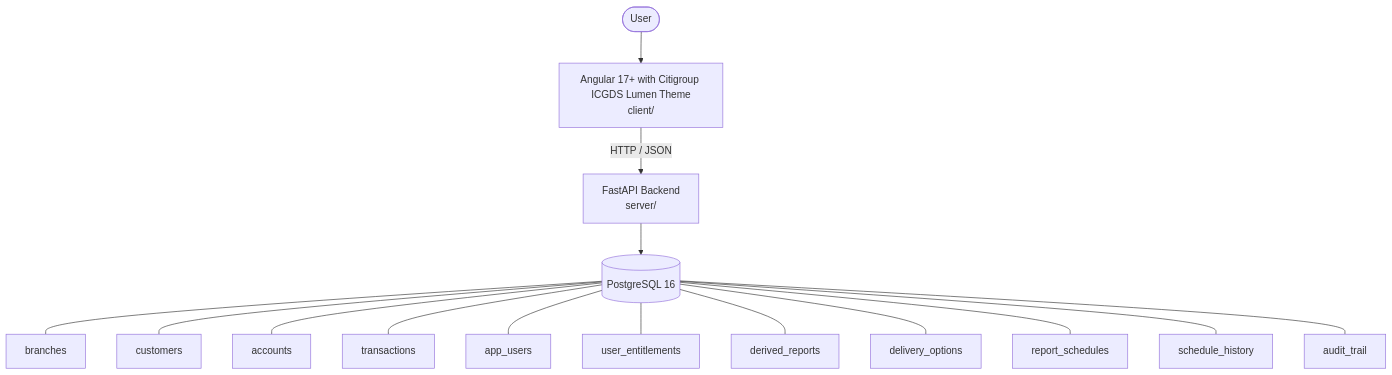
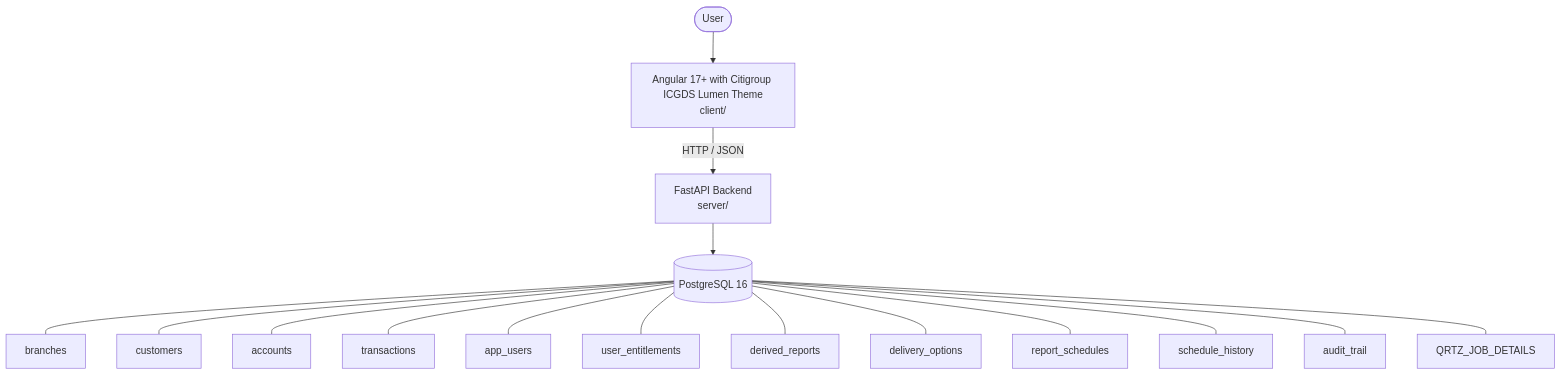
The diagram in architecture.md (visheshnagar-demo/SDLC2), drawn with Mermaid before and after one commit. The commit also changed other lines of this file and 20 other files, not shown here.

````diff
--- a/architecture.md
+++ b/architecture.md
@@ -6,21 +6,22 @@
 ```mermaid
 graph TD
   User([User])
   UI["Angular 17+ with Citigroup ICGDS Lumen Theme<br/>client/"]
   API["FastAPI Backend<br/>server/"]
   DB[("PostgreSQL 16")]
   User --> UI
   UI -->|HTTP / JSON| API
   API --> DB
   DB --- tbl_branches["branches"]
   DB --- tbl_customers["customers"]
   DB --- tbl_accounts["accounts"]
   DB --- tbl_transactions["transactions"]
   DB --- tbl_app_users["app_users"]
   DB --- tbl_user_entitlements["user_entitlements"]
   DB --- tbl_derived_reports["derived_reports"]
   DB --- tbl_delivery_options["delivery_options"]
   DB --- tbl_report_schedules["report_schedules"]
   DB --- tbl_schedule_history["schedule_history"]
   DB --- tbl_audit_trail["audit_trail"]
+  DB --- tbl_QRTZ_JOB_DETAILS["QRTZ_JOB_DETAILS"]
 ```
````
